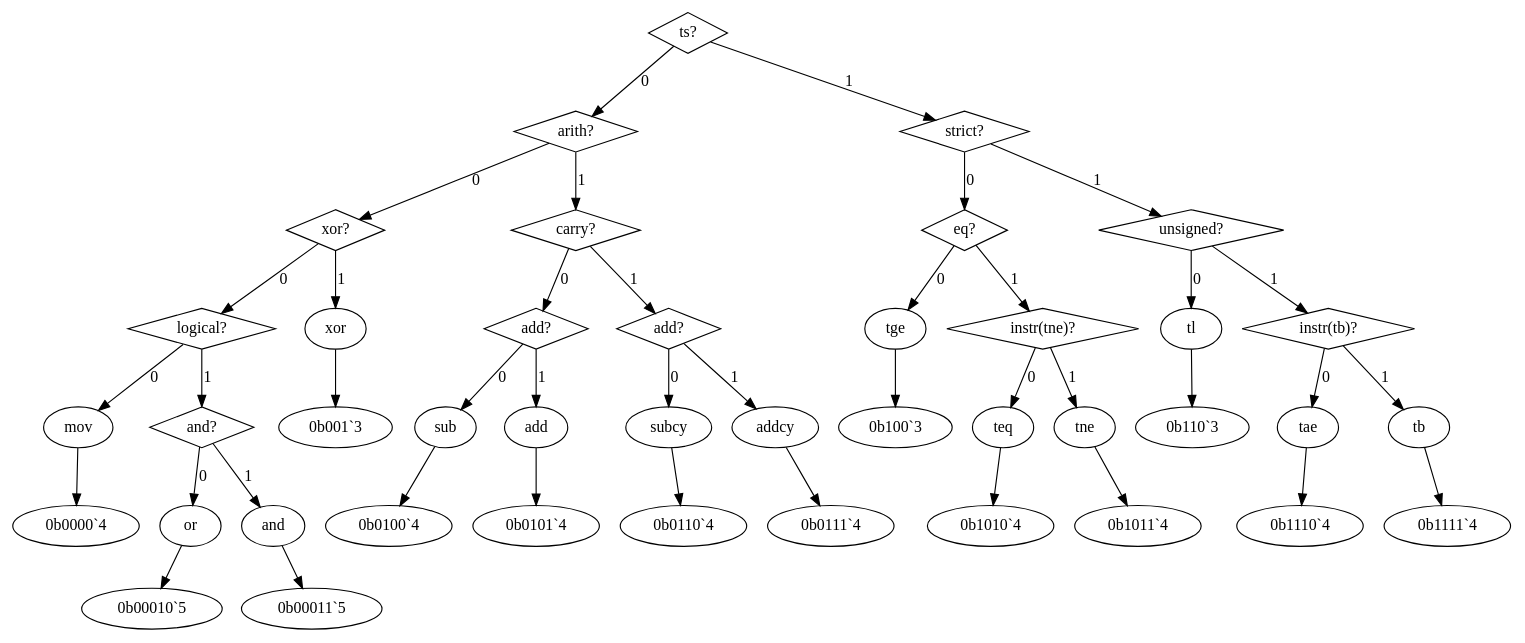
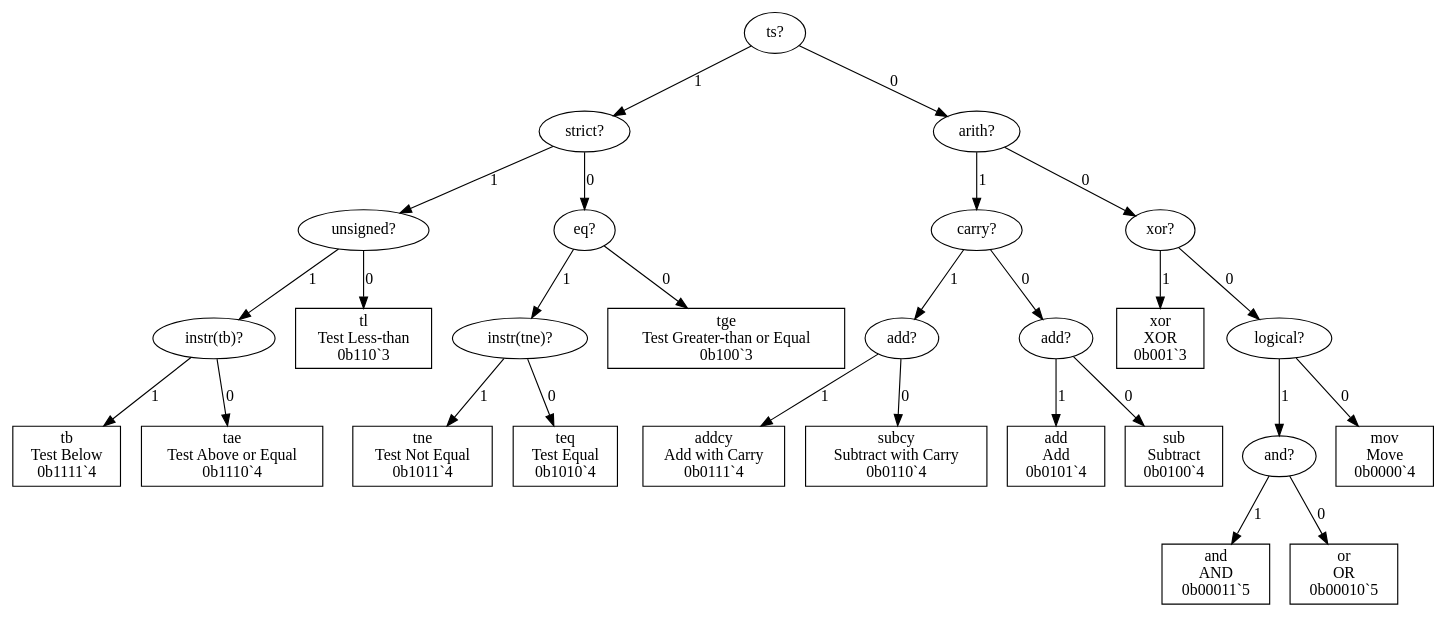
The diagram in src/graphs/rr(_).dot (eignnx/SPRIND), drawn with Graphviz before and after one commit. The commit also changed 9 other files, not shown here.

```diff
--- a/src/graphs/rr(_).dot
+++ b/src/graphs/rr(_).dot
@@ -1,69 +1,83 @@
 digraph "Format rr(_)" {
-  "ts_15468535" [label = "ts?", shape = diamond];
+  "ts_15468535" [label = "ts?", shape = ellipse];
+  "ts_15468535" -> "strict_555480" [label = "1"];
   "ts_15468535" -> "arith_11854115" [label = "0"];
-  "ts_15468535" -> "strict_555480" [label = "1"];
-  "arith_11854115" [label = "arith?", shape = diamond];
+  "strict_555480" [label = "strict?", shape = ellipse];
+  "strict_555480" -> "unsigned_15854941" [label = "1"];
+  "strict_555480" -> "eq_13984211" [label = "0"];
+  "unsigned_15854941" [label = "unsigned?", shape = ellipse];
+  "unsigned_15854941" -> "instr(tb)_6620893" [label = "1"];
+  "unsigned_15854941" -> "tl_8913108" [label = "0"];
+  "instr(tb)_6620893" [label = "instr(tb)?", shape = ellipse];
+  "instr(tb)_6620893" -> "tb_7020844" [label = "1"];
+  "instr(tb)_6620893" -> "tae_6900673" [label = "0"];
+  "tb_7020844" [label = "tb
+Test Below
+0b1111`4", shape = rectangle];
+  "tae_6900673" [label = "tae
+Test Above or Equal
+0b1110`4", shape = rectangle];
+  "tl_8913108" [label = "tl
+Test Less-than
+0b110`3", shape = rectangle];
+  "eq_13984211" [label = "eq?", shape = ellipse];
+  "eq_13984211" -> "instr(tne)_15436207" [label = "1"];
+  "eq_13984211" -> "tge_289938" [label = "0"];
+  "instr(tne)_15436207" [label = "instr(tne)?", shape = ellipse];
+  "instr(tne)_15436207" -> "tne_9691690" [label = "1"];
+  "instr(tne)_15436207" -> "teq_6366130" [label = "0"];
+  "tne_9691690" [label = "tne
+Test Not Equal
+0b1011`4", shape = rectangle];
+  "teq_6366130" [label = "teq
+Test Equal
+0b1010`4", shape = rectangle];
+  "tge_289938" [label = "tge
+Test Greater-than or Equal
+0b100`3", shape = rectangle];
+  "arith_11854115" [label = "arith?", shape = ellipse];
+  "arith_11854115" -> "carry_8195802" [label = "1"];
   "arith_11854115" -> "xor_2619008" [label = "0"];
-  "arith_11854115" -> "carry_8195802" [label = "1"];
-  "xor_2619008" [label = "xor?", shape = diamond];
+  "carry_8195802" [label = "carry?", shape = ellipse];
+  "carry_8195802" -> "add_1627692" [label = "1"];
+  "carry_8195802" -> "add_1118135" [label = "0"];
+  "add_1627692" [label = "add?", shape = ellipse];
+  "add_1627692" -> "addcy_9991314" [label = "1"];
+  "add_1627692" -> "subcy_4746204" [label = "0"];
+  "addcy_9991314" [label = "addcy
+Add with Carry
+0b0111`4", shape = rectangle];
+  "subcy_4746204" [label = "subcy
+Subtract with Carry
+0b0110`4", shape = rectangle];
+  "add_1118135" [label = "add?", shape = ellipse];
+  "add_1118135" -> "add_13179919" [label = "1"];
+  "add_1118135" -> "sub_2133549" [label = "0"];
+  "add_13179919" [label = "add
+Add
+0b0101`4", shape = rectangle];
+  "sub_2133549" [label = "sub
+Subtract
+0b0100`4", shape = rectangle];
+  "xor_2619008" [label = "xor?", shape = ellipse];
+  "xor_2619008" -> "xor_16442135" [label = "1"];
   "xor_2619008" -> "logical_6897678" [label = "0"];
-  "xor_2619008" -> "xor_16442135" [label = "1"];
-  "logical_6897678" [label = "logical?", shape = diamond];
+  "xor_16442135" [label = "xor
+XOR
+0b001`3", shape = rectangle];
+  "logical_6897678" [label = "logical?", shape = ellipse];
+  "logical_6897678" -> "and_9224350" [label = "1"];
   "logical_6897678" -> "mov_8131765" [label = "0"];
-  "logical_6897678" -> "and_9224350" [label = "1"];
-  "mov_8131765" [label = "mov"];
-  "mov_8131765" -> "0b0000`4"
-  "and_9224350" [label = "and?", shape = diamond];
+  "and_9224350" [label = "and?", shape = ellipse];
+  "and_9224350" -> "and_14333479" [label = "1"];
   "and_9224350" -> "or_13437499" [label = "0"];
-  "and_9224350" -> "and_14333479" [label = "1"];
-  "or_13437499" [label = "or"];
-  "or_13437499" -> "0b00010`5"
-  "and_14333479" [label = "and"];
-  "and_14333479" -> "0b00011`5"
-  "xor_16442135" [label = "xor"];
-  "xor_16442135" -> "0b001`3"
-  "carry_8195802" [label = "carry?", shape = diamond];
-  "carry_8195802" -> "add_1118135" [label = "0"];
-  "carry_8195802" -> "add_1627692" [label = "1"];
-  "add_1118135" [label = "add?", shape = diamond];
-  "add_1118135" -> "sub_2133549" [label = "0"];
-  "add_1118135" -> "add_13179919" [label = "1"];
-  "sub_2133549" [label = "sub"];
-  "sub_2133549" -> "0b0100`4"
-  "add_13179919" [label = "add"];
-  "add_13179919" -> "0b0101`4"
-  "add_1627692" [label = "add?", shape = diamond];
-  "add_1627692" -> "subcy_4746204" [label = "0"];
-  "add_1627692" -> "addcy_9991314" [label = "1"];
-  "subcy_4746204" [label = "subcy"];
-  "subcy_4746204" -> "0b0110`4"
-  "addcy_9991314" [label = "addcy"];
-  "addcy_9991314" -> "0b0111`4"
-  "strict_555480" [label = "strict?", shape = diamond];
-  "strict_555480" -> "eq_13984211" [label = "0"];
-  "strict_555480" -> "unsigned_15854941" [label = "1"];
-  "eq_13984211" [label = "eq?", shape = diamond];
-  "eq_13984211" -> "tge_289938" [label = "0"];
-  "eq_13984211" -> "instr(tne)_15436207" [label = "1"];
-  "tge_289938" [label = "tge"];
-  "tge_289938" -> "0b100`3"
-  "instr(tne)_15436207" [label = "instr(tne)?", shape = diamond];
-  "instr(tne)_15436207" -> "teq_6366130" [label = "0"];
-  "instr(tne)_15436207" -> "tne_9691690" [label = "1"];
-  "teq_6366130" [label = "teq"];
-  "teq_6366130" -> "0b1010`4"
-  "tne_9691690" [label = "tne"];
-  "tne_9691690" -> "0b1011`4"
-  "unsigned_15854941" [label = "unsigned?", shape = diamond];
-  "unsigned_15854941" -> "tl_8913108" [label = "0"];
-  "unsigned_15854941" -> "instr(tb)_6620893" [label = "1"];
-  "tl_8913108" [label = "tl"];
-  "tl_8913108" -> "0b110`3"
-  "instr(tb)_6620893" [label = "instr(tb)?", shape = diamond];
-  "instr(tb)_6620893" -> "tae_6900673" [label = "0"];
-  "instr(tb)_6620893" -> "tb_7020844" [label = "1"];
-  "tae_6900673" [label = "tae"];
-  "tae_6900673" -> "0b1110`4"
-  "tb_7020844" [label = "tb"];
-  "tb_7020844" -> "0b1111`4"
+  "and_14333479" [label = "and
+AND
+0b00011`5", shape = rectangle];
+  "or_13437499" [label = "or
+OR
+0b00010`5", shape = rectangle];
+  "mov_8131765" [label = "mov
+Move
+0b0000`4", shape = rectangle];
 }
```
